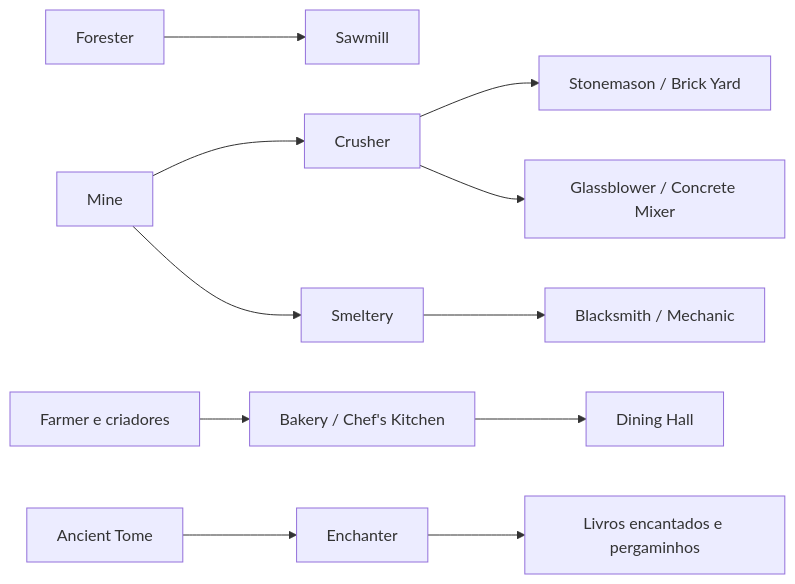
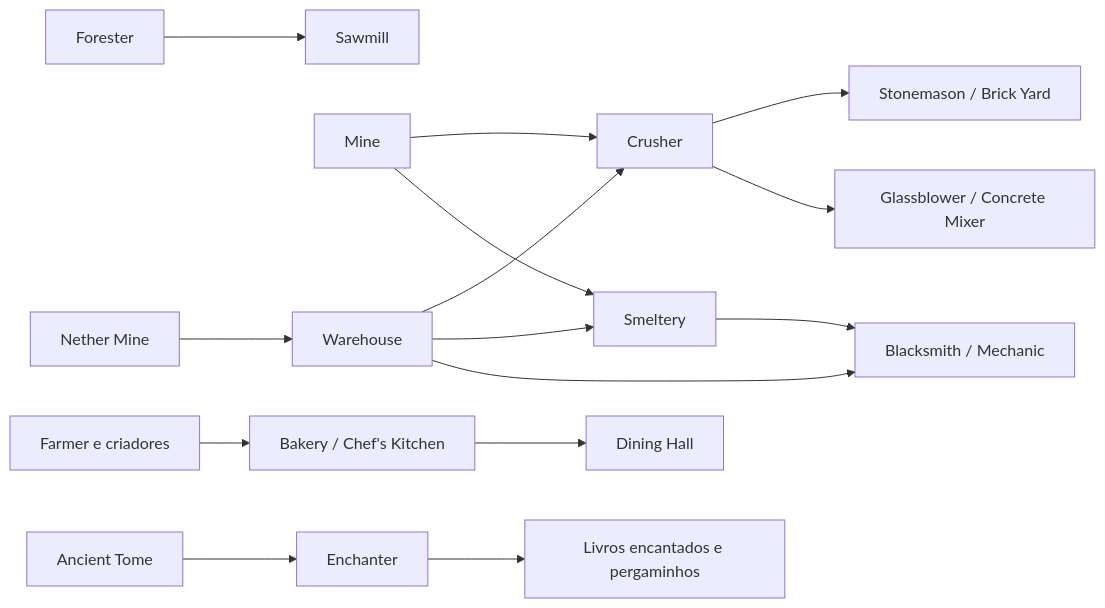
The diagram in content/06 - Recursos e Produção/Matriz de receitas e oficinas.md (addandias/minecolonies-vault), drawn with Mermaid before and after one commit. The commit also changed other lines of this file and 9 other files, not shown here.

````diff
--- a/content/06 - Recursos e Produção/Matriz de receitas e oficinas.md
+++ b/content/06 - Recursos e Produção/Matriz de receitas e oficinas.md
@@ -66,13 +73,17 @@
 ```mermaid
 flowchart LR
     A["Forester"] --> B["Sawmill"]
     C["Mine"] --> D["Crusher"]
     C --> E["Smeltery"]
     D --> F["Stonemason / Brick Yard"]
     D --> G["Glassblower / Concrete Mixer"]
     E --> H["Blacksmith / Mechanic"]
     I["Farmer e criadores"] --> J["Bakery / Chef's Kitchen"]
     J --> K["Dining Hall"]
     L["Ancient Tome"] --> M["Enchanter"]
     M --> N["Livros encantados e pergaminhos"]
+    O["Nether Mine"] --> P["Warehouse"]
+    P --> D
+    P --> E
+    P --> H
 ```
````
